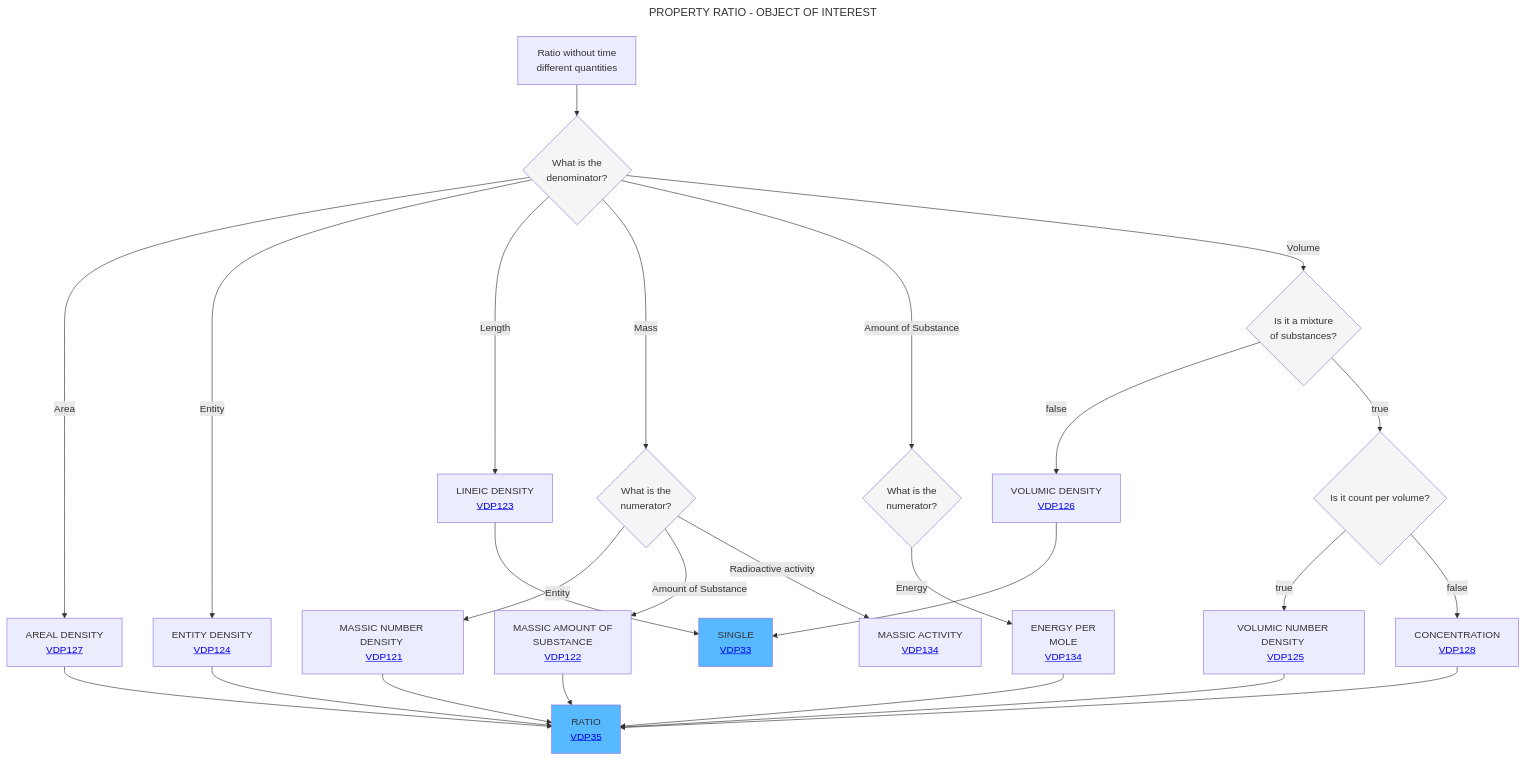
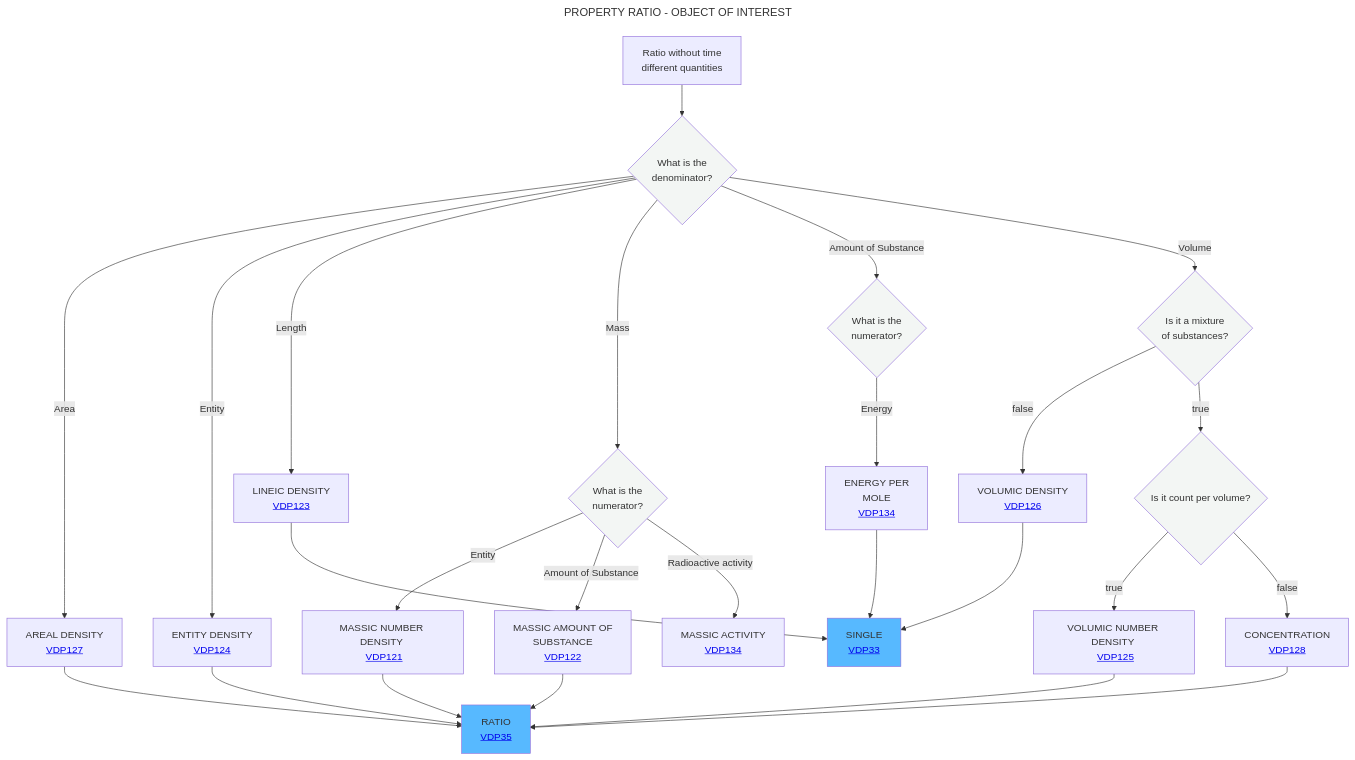
One commit to mabablue/I-ADOPT-patterns-playground changed the diagram in Decisition_trees/DT5.mmd. Above: the diagram before and after it, drawn with Mermaid.

```diff
--- a/Decisition_trees/DT5.mmd
+++ b/Decisition_trees/DT5.mmd
@@ -1,32 +1,32 @@
 ---
 title: PROPERTY RATIO - OBJECT OF INTEREST
 ---
 flowchart TD
     A[Ratio without time <br> different quantities] --> B{What is the <br> denominator?}:::white
     B -- Area -->C[AREAL DENSITY <br> <a href='https://github.com/mabablue/I-ADOPT-patterns-playground/blob/main/pattern/VDP127.yaml'>VDP127</a>]
     B -- Entity -->F[ENTITY DENSITY <br> <a href='https://github.com/mabablue/I-ADOPT-patterns-playground/blob/main/pattern/VDP124.yaml'>VDP124</a>]
     B -- Length -->D[LINEIC DENSITY <br> <a href='https://github.com/mabablue/I-ADOPT-patterns-playground/blob/main/pattern/VDP123.yaml'>VDP123</a>]
     B -- Mass -->E{What is the <br> numerator?}:::white
     B -- Amount of Substance --> R{What is the <br> numerator?}:::white
     E -- Entity --> L[MASSIC NUMBER DENSITY <br> <a href='https://github.com/mabablue/I-ADOPT-patterns-playground/blob/main/pattern/VDP121.yaml'>VDP121</a>]
     E -- Amount of Substance --> P[MASSIC AMOUNT OF <br> SUBSTANCE <br> <a href='https://github.com/mabablue/I-ADOPT-patterns-playground/blob/main/pattern/VDP122.yaml'>VDP122</a>]
     E -- Radioactive activity --> Q[MASSIC ACTIVITY <br> <a href='https://github.com/mabablue/I-ADOPT-patterns-playground/blob/main/pattern/VDP134.yaml'>VDP134</a>]
     B -- Volume -->G{Is it a mixture <br> of substances?}:::white
     G --> |false|H[VOLUMIC DENSITY <br> <a href='https://github.com/mabablue/I-ADOPT-patterns-playground/blob/main/pattern/VDP126.yaml'>VDP126</a>]
     G--> |true|J{Is it count per volume?}:::white
     J --> |true|I[VOLUMIC NUMBER DENSITY <br> <a href='https://github.com/mabablue/I-ADOPT-patterns-playground/blob/main/pattern/VDP125.yaml'>VDP125</a>]
     J --> |false|M[CONCENTRATION <br> <a href='https://github.com/mabablue/I-ADOPT-patterns-playground/blob/main/pattern/VDP128.yaml'>VDP128</a>]
     I --> N
     C --> N[RATIO <br> <a href='https://github.com/mabablue/I-ADOPT-patterns-playground/blob/main/pattern/VDP35.yaml'>VDP35</a>]:::satblue
     F --> N
     D --> O[SINGLE <br> <a href='https://github.com/mabablue/I-ADOPT-patterns-playground/blob/main/pattern/VDP33.yaml'>VDP33</a>]:::satblue
     R -- Energy --> S[ENERGY PER <br> MOLE <br> <a href='https://github.com/mabablue/I-ADOPT-patterns-playground/blob/main/pattern/VDP134.yaml'>VDP134</a>]
     H --> O
     L --> N
     P --> N
     M --> N
-    S --> N
+    S --> O
    classDef blue fill:#90D5FF
    classDef satblue fill:#57B9FF 
    classDef white fill:#f3f6f4
    classDef green fill:#6aa84f
```
